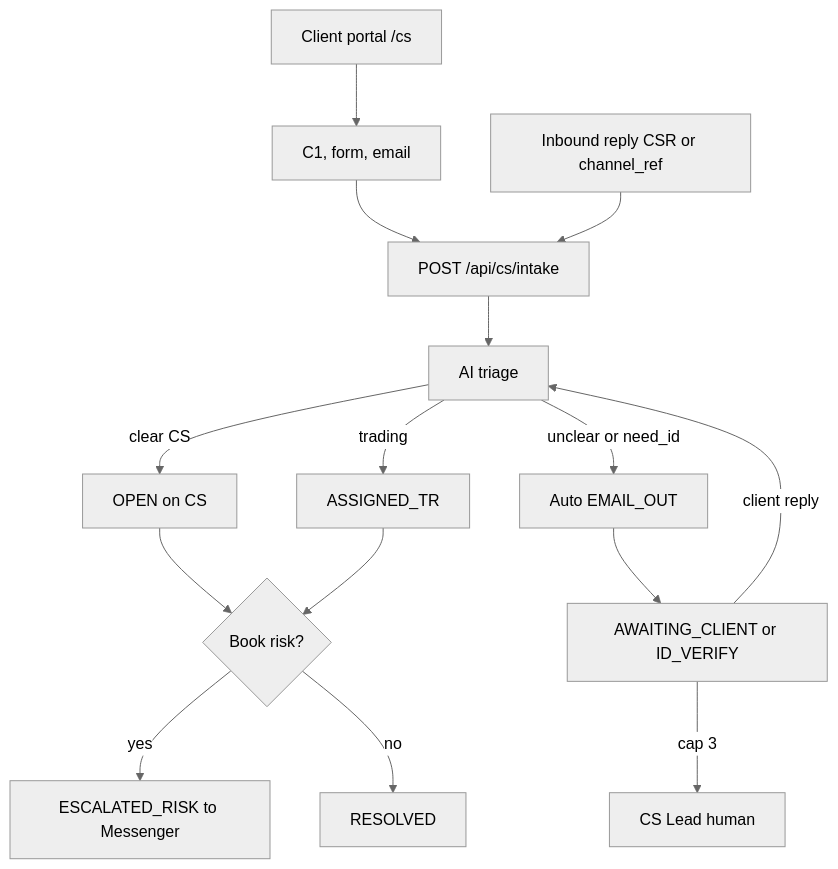
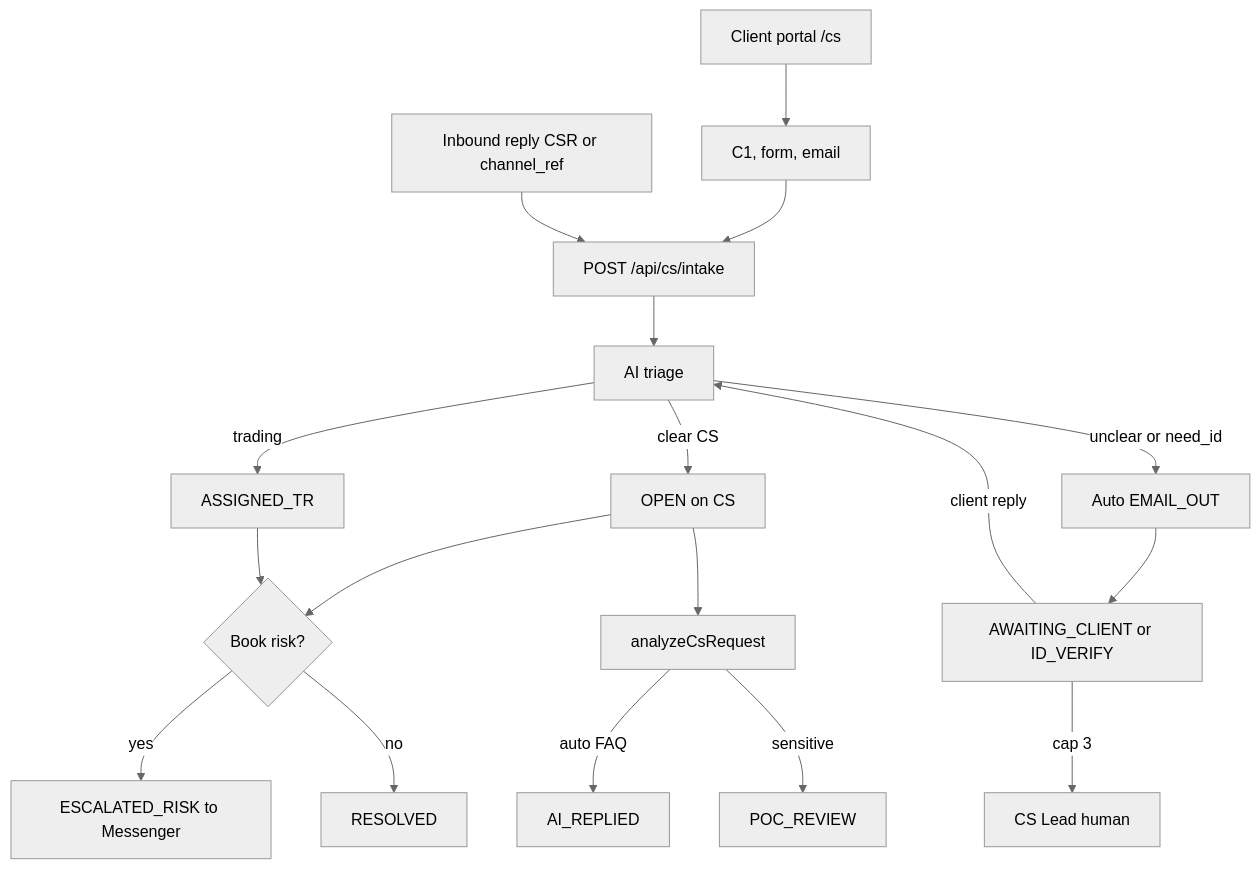
One commit to hxyan2020/PRD changed the seventh of 11 diagrams in platform/docs/TSD.md. Above: the diagram before and after it, drawn with Mermaid (neutral theme). The commit also changed other lines of this file and 39 other files, not shown here.

First line of the commit message:
Add CS/TR categorize, severity, AI solution and POC review after collected facts.

````diff
--- a/platform/docs/TSD.md
+++ b/platform/docs/TSD.md
@@ -766,17 +766,20 @@
 ```mermaid
 graph TD
   In[C1, form, email] --> API[POST /api/cs/intake]
   Portal[Client portal /cs] --> In
   Reply[Inbound reply CSR or channel_ref] --> API
   API --> Triage[AI triage]
   Triage -->|clear CS| Open[OPEN on CS]
   Triage -->|trading| TR[ASSIGNED_TR]
   Triage -->|unclear or need_id| Mail[Auto EMAIL_OUT]
   Mail --> Wait[AWAITING_CLIENT or ID_VERIFY]
   Wait -->|client reply| Triage
   Wait -->|cap 3| Lead[CS Lead human]
   Open --> Risk{Book risk?}
   TR --> Risk
   Risk -->|yes| Esc[ESCALATED_RISK to Messenger]
   Risk -->|no| Done[RESOLVED]
+  Open --> Analyze[analyzeCsRequest]
+  Analyze -->|auto FAQ| Replied[AI_REPLIED]
+  Analyze -->|sensitive| Poc[POC_REVIEW]
 ```
````
